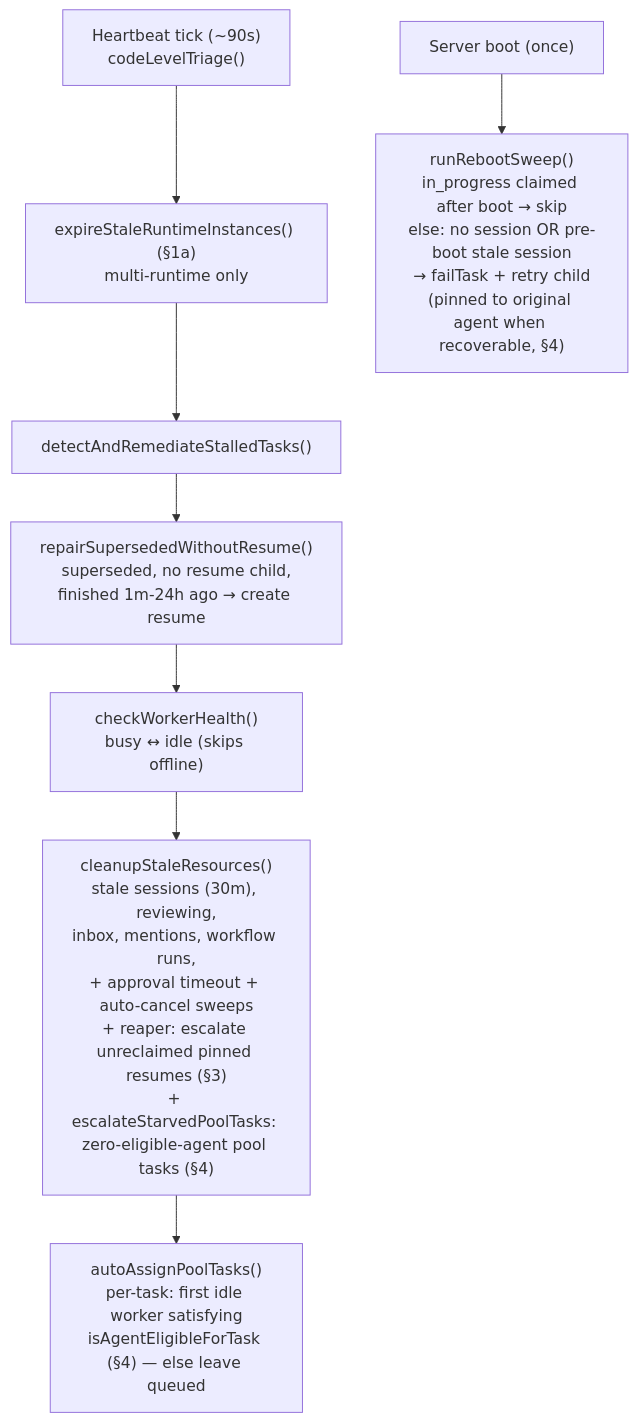
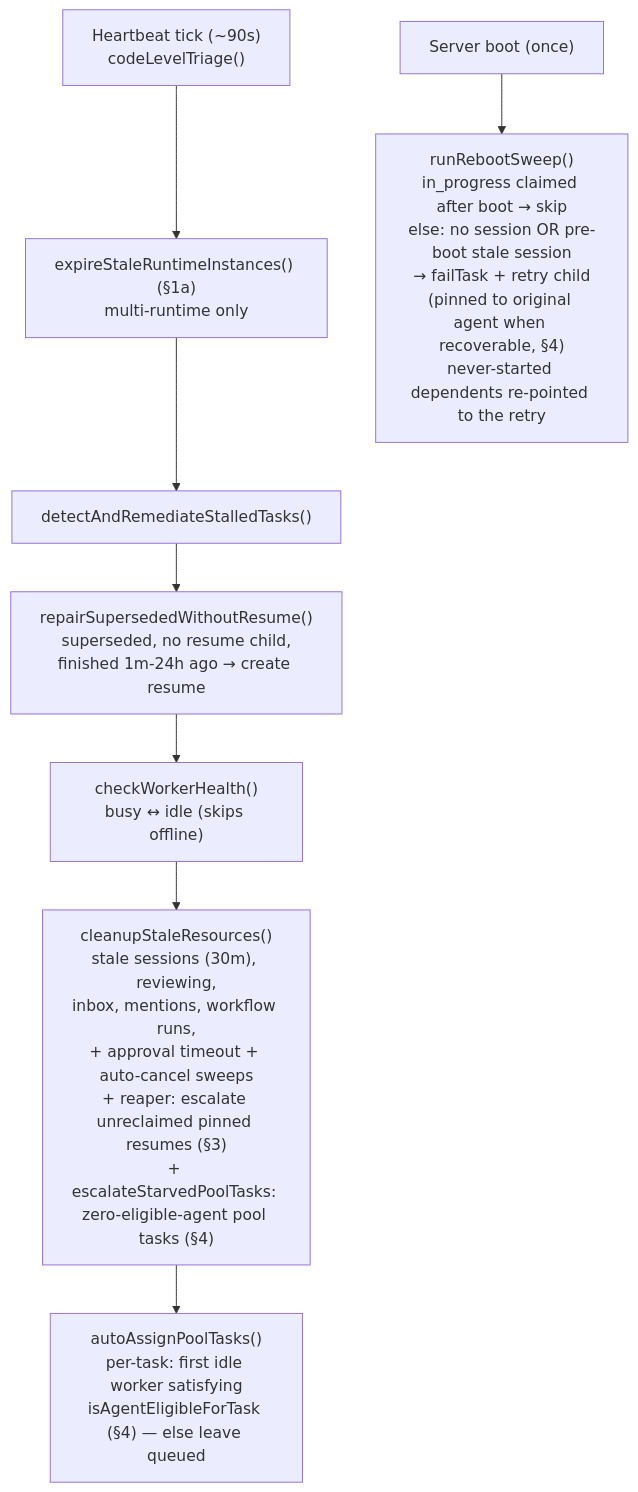
One commit to Capchase/agent-swarm changed the first of 4 diagrams in runbooks/heartbeat-crash-recovery.md. Above: the diagram before and after it, drawn with Mermaid. The commit also changed other lines of this file and 6 other files, not shown here.

First line of the commit message:
fix(heartbeat): re-point reboot-swept dependents to the retry child (#1664)

````diff
--- a/runbooks/heartbeat-crash-recovery.md
+++ b/runbooks/heartbeat-crash-recovery.md
@@ -15,11 +15,11 @@
 ```mermaid
 flowchart TD
   tick["Heartbeat tick (~90s)<br/>codeLevelTriage()"] --> expire["expireStaleRuntimeInstances() (§1a)<br/>multi-runtime only"]
   expire --> detect["detectAndRemediateStalledTasks()"]
   detect --> repair["repairSupersededWithoutResume()<br/>superseded, no resume child,<br/>finished 1m-24h ago → create resume"]
   repair --> health["checkWorkerHealth()<br/>busy ↔ idle (skips offline)"]
   health --> cleanup["cleanupStaleResources()<br/>stale sessions (30m), reviewing,<br/>inbox, mentions, workflow runs,<br/>+ approval timeout + auto-cancel sweeps<br/>+ reaper: escalate unreclaimed pinned resumes (§3)<br/>+ escalateStarvedPoolTasks: zero-eligible-agent pool tasks (§4)"]
   cleanup --> assign["autoAssignPoolTasks()<br/>per-task: first idle worker satisfying<br/>isAgentEligibleForTask (§4) — else leave queued"]
 
-  boot["Server boot (once)"] --> reboot["runRebootSweep()<br/>in_progress claimed after boot → skip<br/>else: no session OR pre-boot stale session<br/>→ failTask + retry child<br/>(pinned to original agent when recoverable, §4)"]
+  boot["Server boot (once)"] --> reboot["runRebootSweep()<br/>in_progress claimed after boot → skip<br/>else: no session OR pre-boot stale session<br/>→ failTask + retry child<br/>(pinned to original agent when recoverable, §4)<br/>never-started dependents re-pointed to the retry"]
 ```
````
